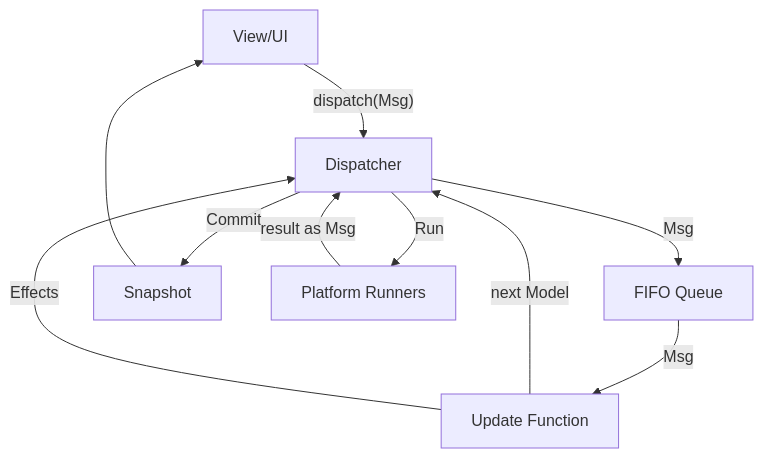
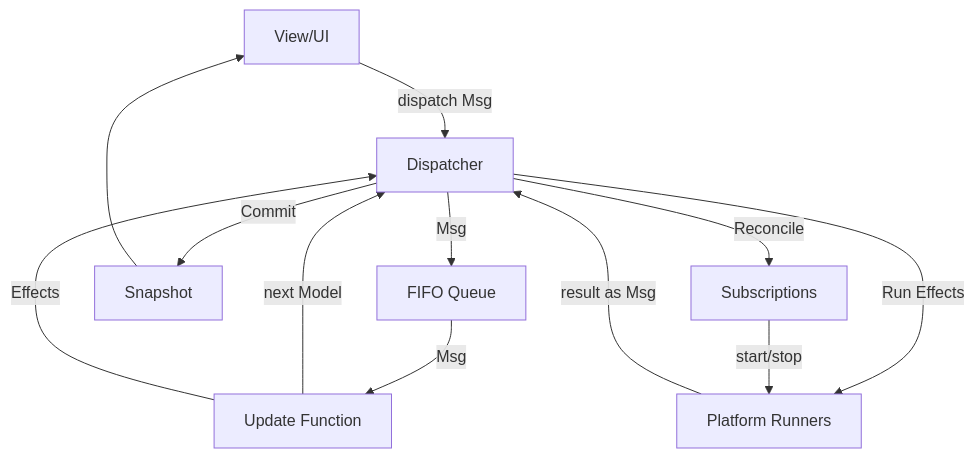
The diagram in ARCHITECTURE.md (bitkojine/causaloop), drawn with Mermaid before and after one commit. The commit also changed other lines of this file and 16 other files, not shown here.

````diff
--- a/ARCHITECTURE.md
+++ b/ARCHITECTURE.md
@@ -16,12 +17,14 @@
 ```mermaid
 graph TD
-    UI[View/UI] -- dispatch(Msg) --> D[Dispatcher]
+    UI[View/UI] -- dispatch Msg --> D[Dispatcher]
     D -- Msg --> Q[FIFO Queue]
     Q -- Msg --> U[Update Function]
     U -- next Model --> D
     U -- Effects --> D
     D -- Commit --> S[Snapshot]
     S --> UI
-    D -- Run --> R[Platform Runners]
+    D -- Run Effects --> R[Platform Runners]
     R -- result as Msg --> D
+    D -- Reconcile --> SUB[Subscriptions]
+    SUB -- start/stop --> R
 ```
````
